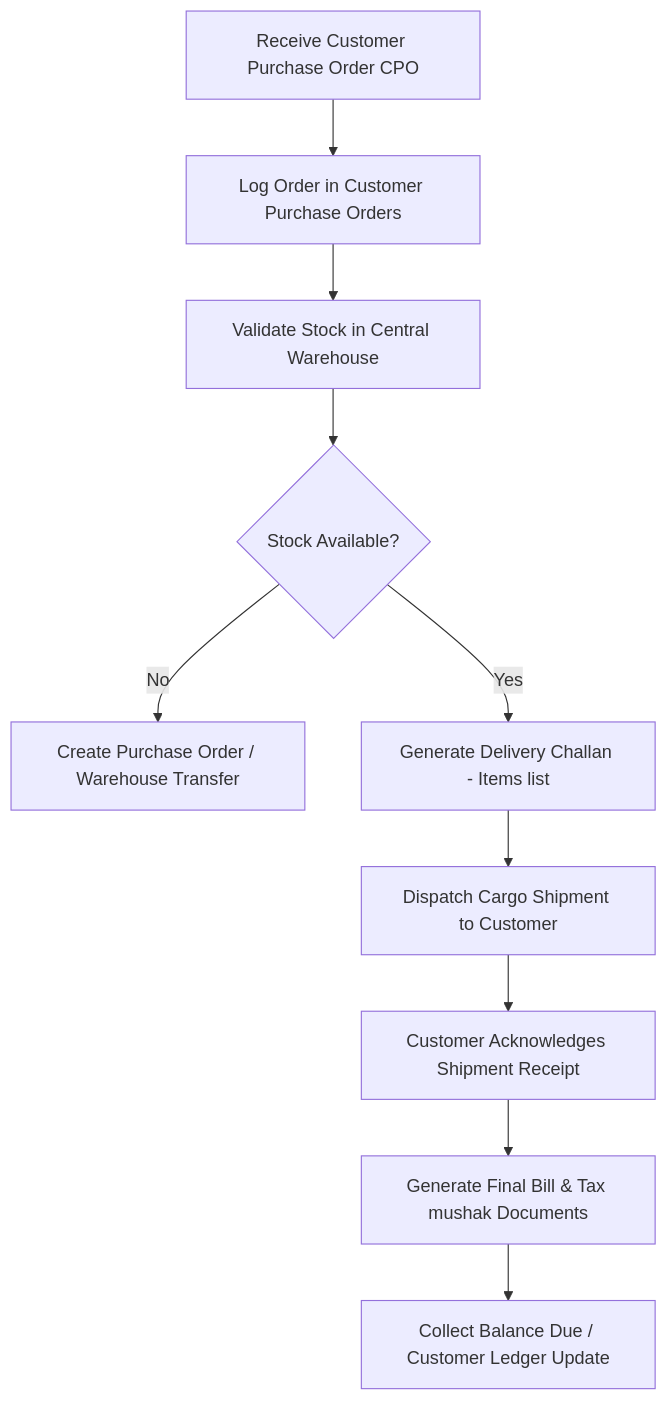
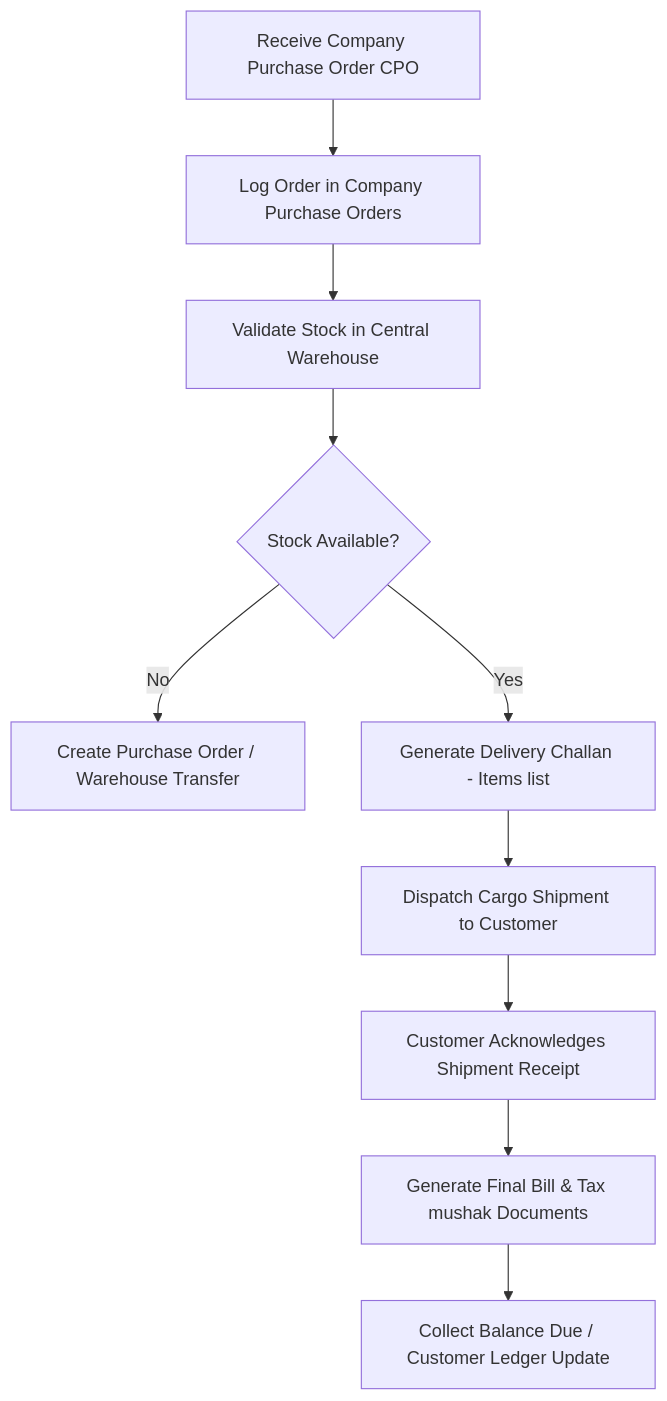
One commit to EngrTuhin/docs changed the second of 3 diagrams in docs/workflows/sales-process.mdx. Above: the diagram before and after it, drawn with Mermaid. The commit also changed other lines of this file and 11 other files, not shown here.

````diff
--- a/docs/workflows/sales-process.mdx
+++ b/docs/workflows/sales-process.mdx
@@ -37,12 +37,12 @@
 ```mermaid
 graph TD
-    A[Receive Customer Purchase Order CPO] --> B[Log Order in Customer Purchase Orders]
+    A[Receive Company Purchase Order CPO] --> B[Log Order in Company Purchase Orders]
     B --> C[Validate Stock in Central Warehouse]
     C --> D{Stock Available?}
     D -- No --> E[Create Purchase Order / Warehouse Transfer]
     D -- Yes --> F[Generate Delivery Challan - Items list]
     F --> G[Dispatch Cargo Shipment to Customer]
     G --> H[Customer Acknowledges Shipment Receipt]
     H --> I[Generate Final Bill & Tax mushak Documents]
     I --> J[Collect Balance Due / Customer Ledger Update]
 ```
````
